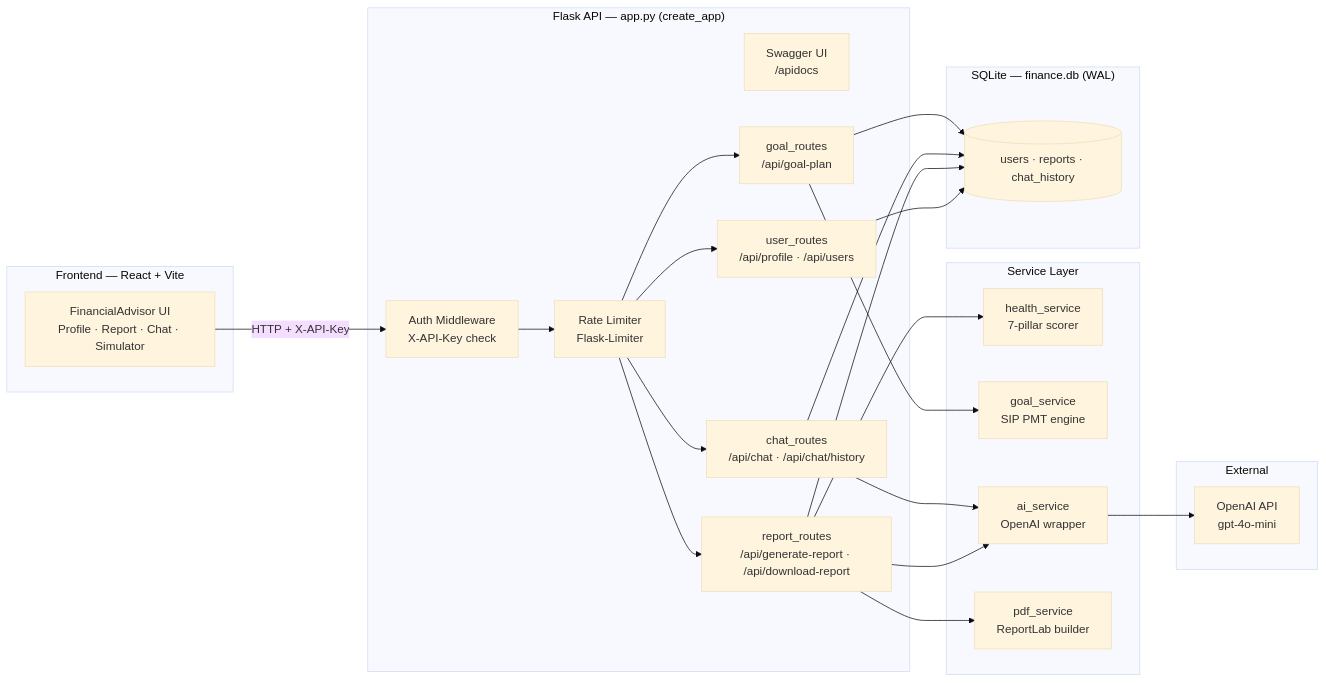
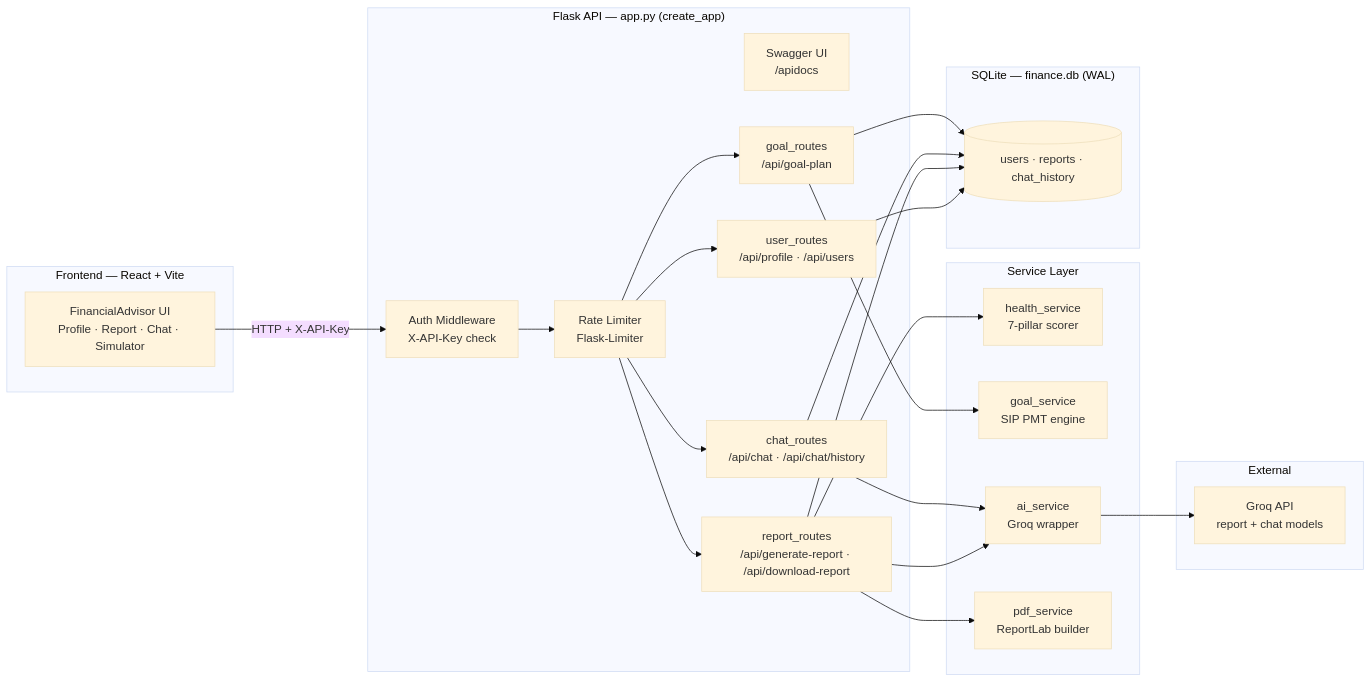
Before and after one commit to ShantanuGarg2004/FinPilot: the first of 2 diagrams in README.md, drawn with Mermaid (base theme). The commit also changed other lines of this file and 6 other files, not shown here.

First line of the commit message:
feat: migrate LLM provider from OpenAI to Groq with per-service models

````diff
--- a/README.md
+++ b/README.md
@@ -84,41 +86,41 @@
 ```mermaid
 flowchart LR
     subgraph CLIENT["Frontend — React + Vite"]
         UI["FinancialAdvisor UI<br/>Profile · Report · Chat · Simulator"]
     end
 
     subgraph API["Flask API — app.py (create_app)"]
         MW["Auth Middleware<br/>X-API-Key check"]
         RL["Rate Limiter<br/>Flask-Limiter"]
         SW["Swagger UI<br/>/apidocs"]
         UB["user_routes<br/>/api/profile · /api/users"]
         RB["report_routes<br/>/api/generate-report · /api/download-report"]
         CB["chat_routes<br/>/api/chat · /api/chat/history"]
         GB["goal_routes<br/>/api/goal-plan"]
     end
 
     subgraph SERVICES["Service Layer"]
         HS["health_service<br/>7-pillar scorer"]
         GS["goal_service<br/>SIP PMT engine"]
-        AS["ai_service<br/>OpenAI wrapper"]
+        AS["ai_service<br/>Groq wrapper"]
         PS["pdf_service<br/>ReportLab builder"]
     end
 
     subgraph EXTERNAL["External"]
-        OAI["OpenAI API<br/>gpt-4o-mini"]
+        OAI["Groq API<br/>report + chat models"]
     end
 
     subgraph DATA["SQLite — finance.db (WAL)"]
         DB[("users · reports · chat_history")]
     end
 
     UI -- "HTTP + X-API-Key" --> MW
     MW --> RL
     RL --> UB & RB & CB & GB
 
     UB --> DB
     RB --> HS & AS & PS & DB
     CB --> AS & DB
     GB --> GS & DB
     AS --> OAI
 ```
````
